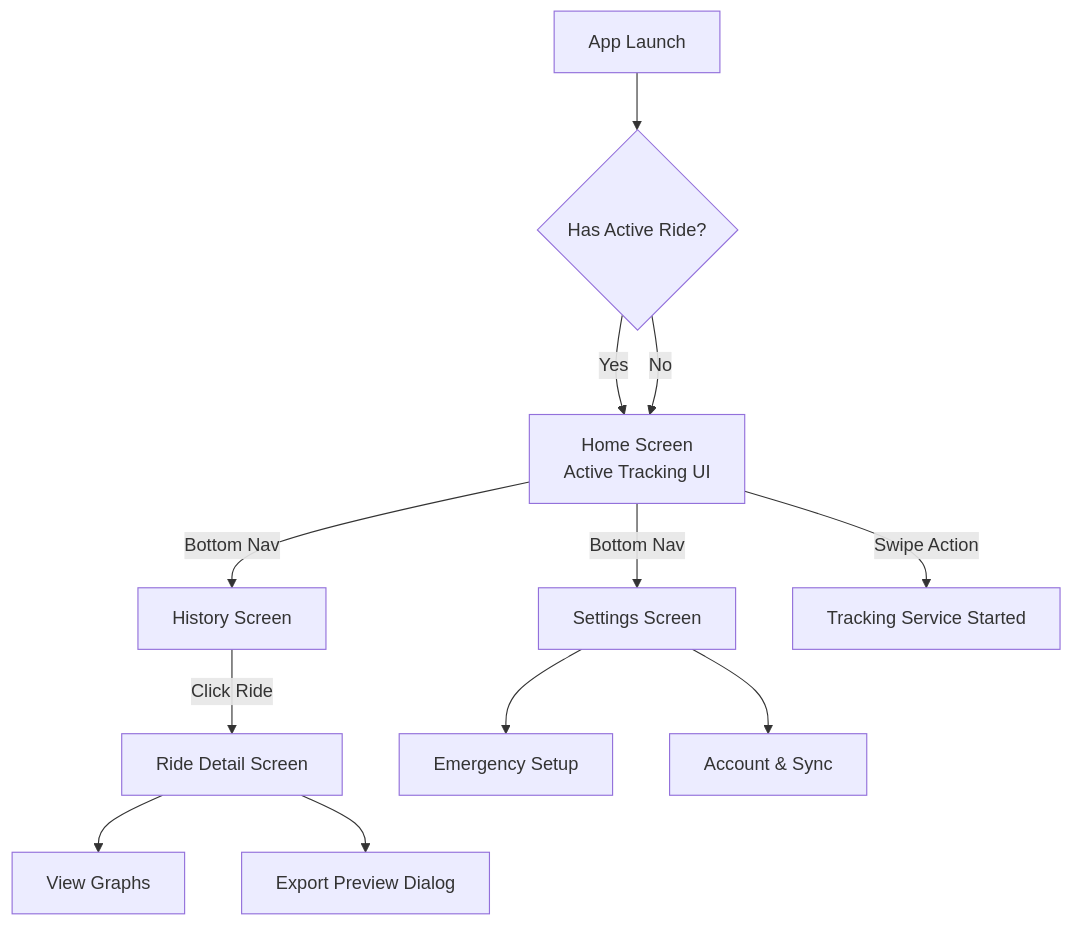
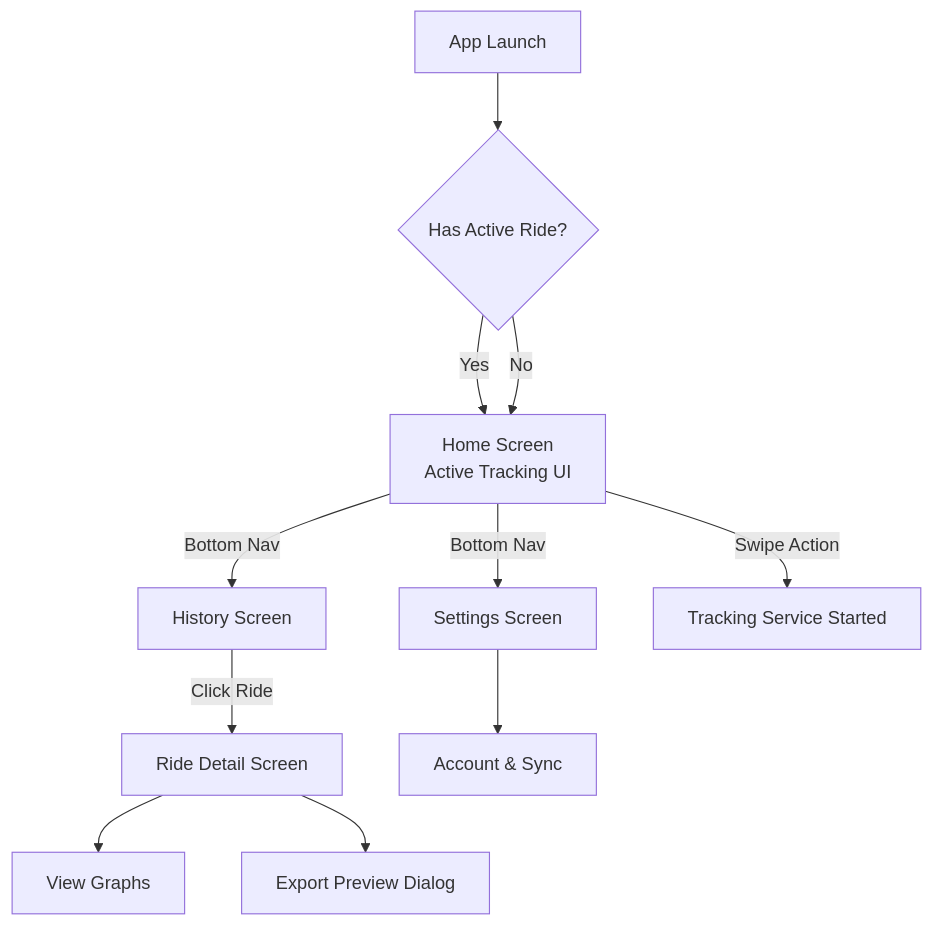
Before and after one commit to devshvms/track-me-android: the diagram in docs/product_documentation.md, drawn with Mermaid. The commit also changed other lines of this file and 6 other files, not shown here.

````diff
--- a/docs/product_documentation.md
+++ b/docs/product_documentation.md
@@ -65,18 +59,17 @@
 ```mermaid
 graph TD
     A[App Launch] --> B{Has Active Ride?}
     B -- Yes --> C[Home Screen <br/> Active Tracking UI]
     B -- No --> C
     
     C -->|Bottom Nav| D[History Screen]
     C -->|Bottom Nav| E[Settings Screen]
     
     C -->|Swipe Action| F[Tracking Service Started]
     
     D -->|Click Ride| G[Ride Detail Screen]
     G --> H[View Graphs]
     G --> I[Export Preview Dialog]
     
-    E --> J[Emergency Setup]
     E --> K[Account & Sync]
 ```
````
